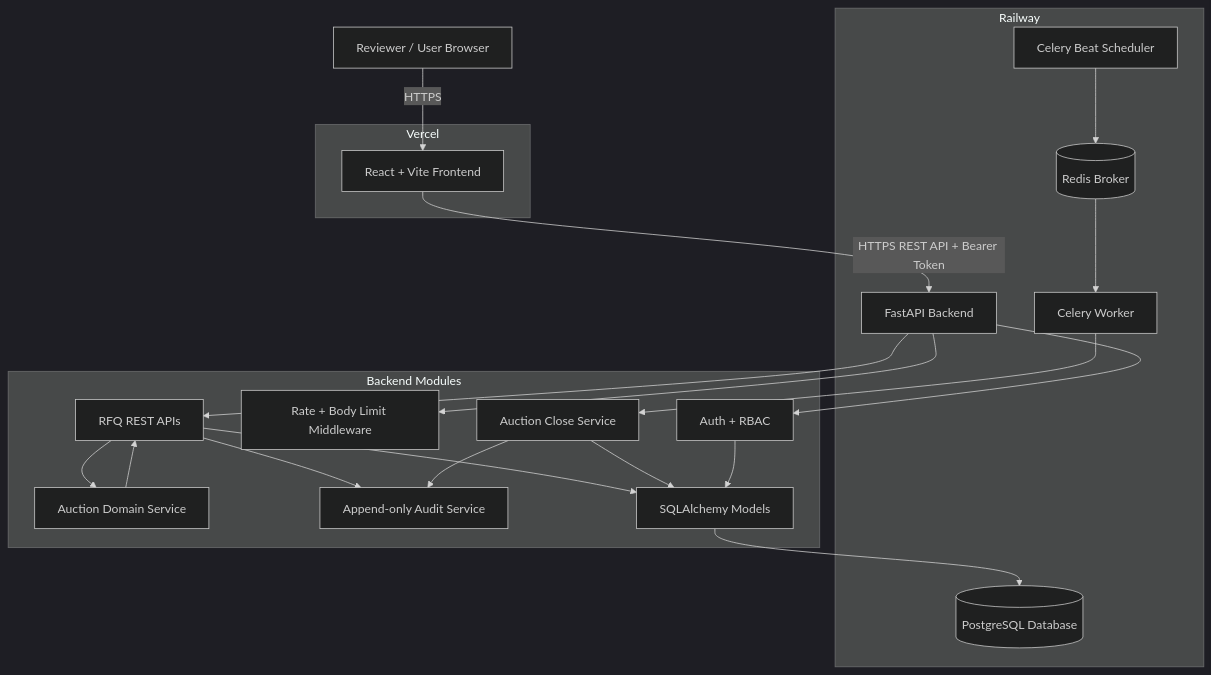
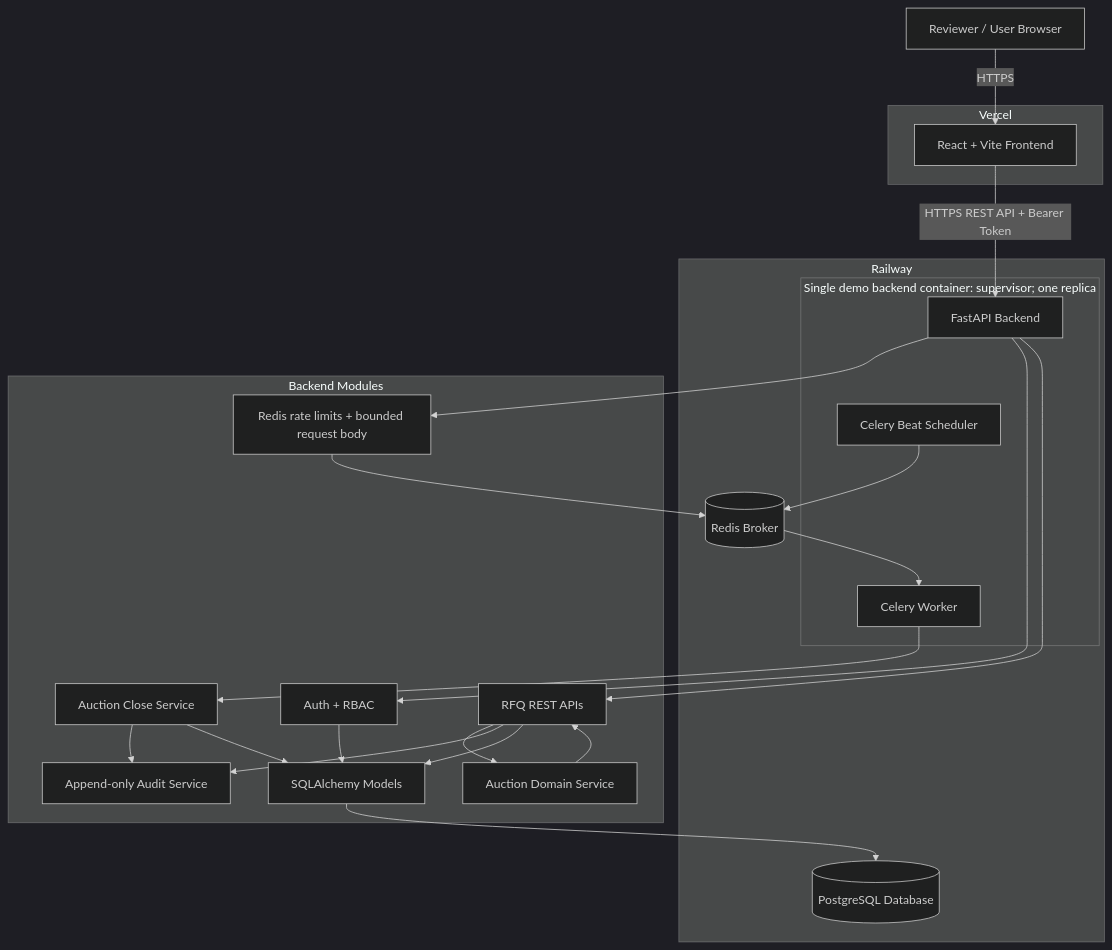
Before and after one commit to Rammanideep-ghantasala/British-Auction-in-RFQ-System: the first of 2 diagrams in docs/architecture-diagram.md, drawn with Mermaid (dark theme). The commit also changed other lines of this file and 48 other files, not shown here.

````diff
--- a/docs/architecture-diagram.md
+++ b/docs/architecture-diagram.md
@@ -3,45 +3,48 @@
 ```mermaid
 flowchart TB
     Recruiter[Reviewer / User Browser]
 
     subgraph Vercel["Vercel"]
         React[React + Vite Frontend]
     end
 
     subgraph Railway["Railway"]
+      subgraph Demo["Single demo backend container: supervisor; one replica"]
         API[FastAPI Backend]
         Worker[Celery Worker]
         Beat[Celery Beat Scheduler]
+      end
         Postgres[(PostgreSQL Database)]
         Redis[(Redis Broker)]
     end
 
     subgraph BackendModules["Backend Modules"]
         Auth[Auth + RBAC]
-        Controls[Rate + Body Limit Middleware]
+        Controls[Redis rate limits + bounded request body]
         RFQAPI[RFQ REST APIs]
         AuctionService[Auction Domain Service]
         AuditService[Append-only Audit Service]
         CloseService[Auction Close Service]
         Models[SQLAlchemy Models]
     end
 
     Recruiter -->|HTTPS| React
     React -->|HTTPS REST API + Bearer Token| API
 
     API --> Controls
+    Controls --> Redis
     API --> Auth
     API --> RFQAPI
     RFQAPI --> AuctionService
     RFQAPI --> AuditService
     RFQAPI --> Models
     Models --> Postgres
 
     Beat --> Redis
     Redis --> Worker
     Worker --> CloseService
     CloseService --> AuditService
     CloseService --> Models
     Auth --> Models
     AuctionService --> RFQAPI
 ```
````
